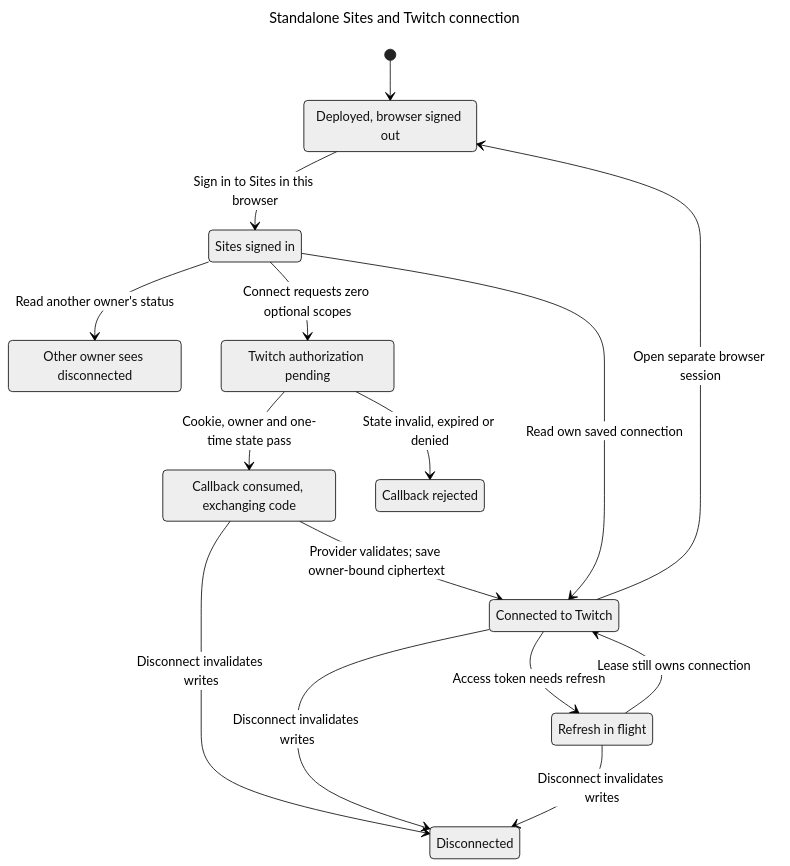
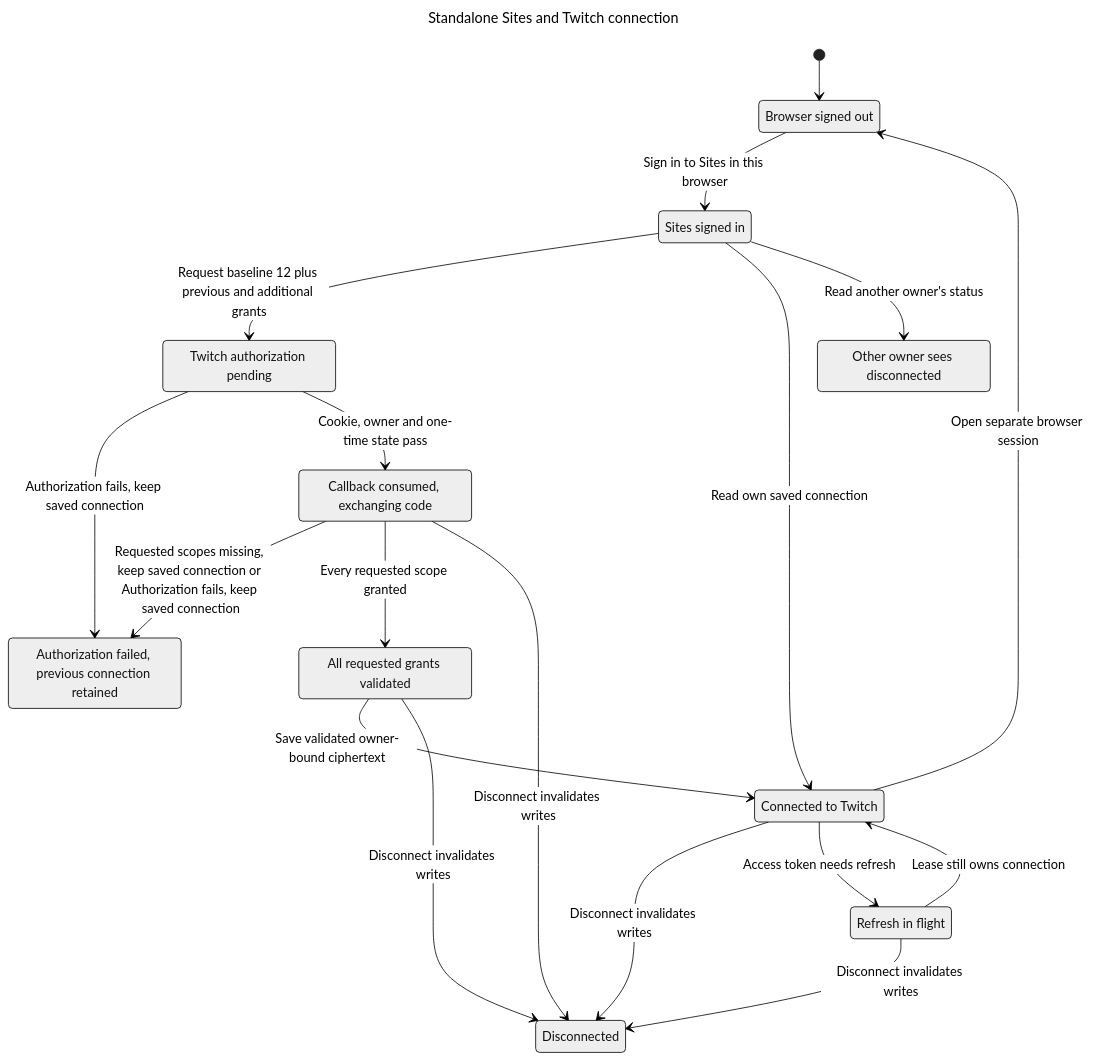
The diagram in docs/statechart/122-hosted-oauth/chart.mmd (prime-optimal/stream-machine-plugin), drawn with Mermaid (neutral theme) before and after one commit. The commit also changed 7 other files, not shown here.

```diff
--- a/docs/statechart/122-hosted-oauth/chart.mmd
+++ b/docs/statechart/122-hosted-oauth/chart.mmd
@@ -1,27 +1,31 @@
 ---
 title: "Standalone Sites and Twitch connection"
 ---
 stateDiagram-v2
-  s0: Deployed, browser signed out
+  s0: Browser signed out
   s1: Sites signed in
-  s2: Other owner sees disconnected
-  s3: Twitch authorization pending
-  s4: Callback consumed, exchanging code
-  s5: Callback rejected
-  s6: Connected to Twitch
+  s2: Connected to Twitch
+  s3: Other owner sees disconnected
+  s4: Twitch authorization pending
+  s5: Authorization failed, previous connection retained
+  s6: Callback consumed, exchanging code
   s7: Disconnected
   s8: Refresh in flight
+  s9: All requested grants validated
   [*] --> s0
   s0 --> s1: Sign in to Sites in this browser
-  s1 --> s3: Connect requests zero optional scopes
-  s1 --> s2: Read another owner's status
-  s3 --> s4: Cookie, owner and one-time state pass
-  s3 --> s5: State invalid, expired or denied
-  s4 --> s6: Provider validates#59; save owner-bound ciphertext
-  s4 --> s7: Disconnect invalidates writes
-  s6 --> s0: Open separate browser session
+  s1 --> s4: Request baseline 12 plus previous and additional grants
+  s1 --> s2: Read own saved connection
+  s1 --> s3: Read another owner's status
+  s2 --> s0: Open separate browser session
+  s2 --> s7: Disconnect invalidates writes
+  s2 --> s8: Access token needs refresh
+  s4 --> s5: Authorization fails, keep saved connection
+  s4 --> s6: Cookie, owner and one-time state pass
+  s6 --> s5: Requested scopes missing, keep saved connection or Authorization fails, keep saved connection
+  s6 --> s9: Every requested scope granted
   s6 --> s7: Disconnect invalidates writes
-  s6 --> s8: Access token needs refresh
-  s8 --> s6: Lease still owns connection
+  s8 --> s2: Lease still owns connection
   s8 --> s7: Disconnect invalidates writes
-  s1 --> s6: Read own saved connection
+  s9 --> s2: Save validated owner-bound ciphertext
+  s9 --> s7: Disconnect invalidates writes
```
